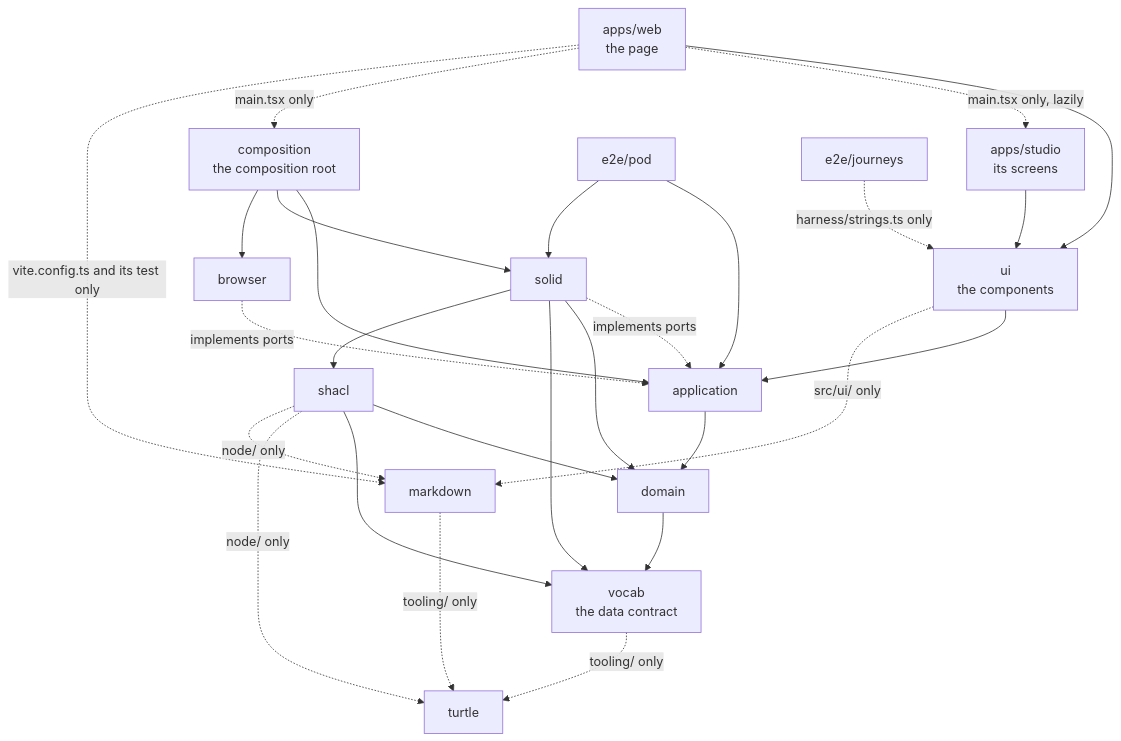
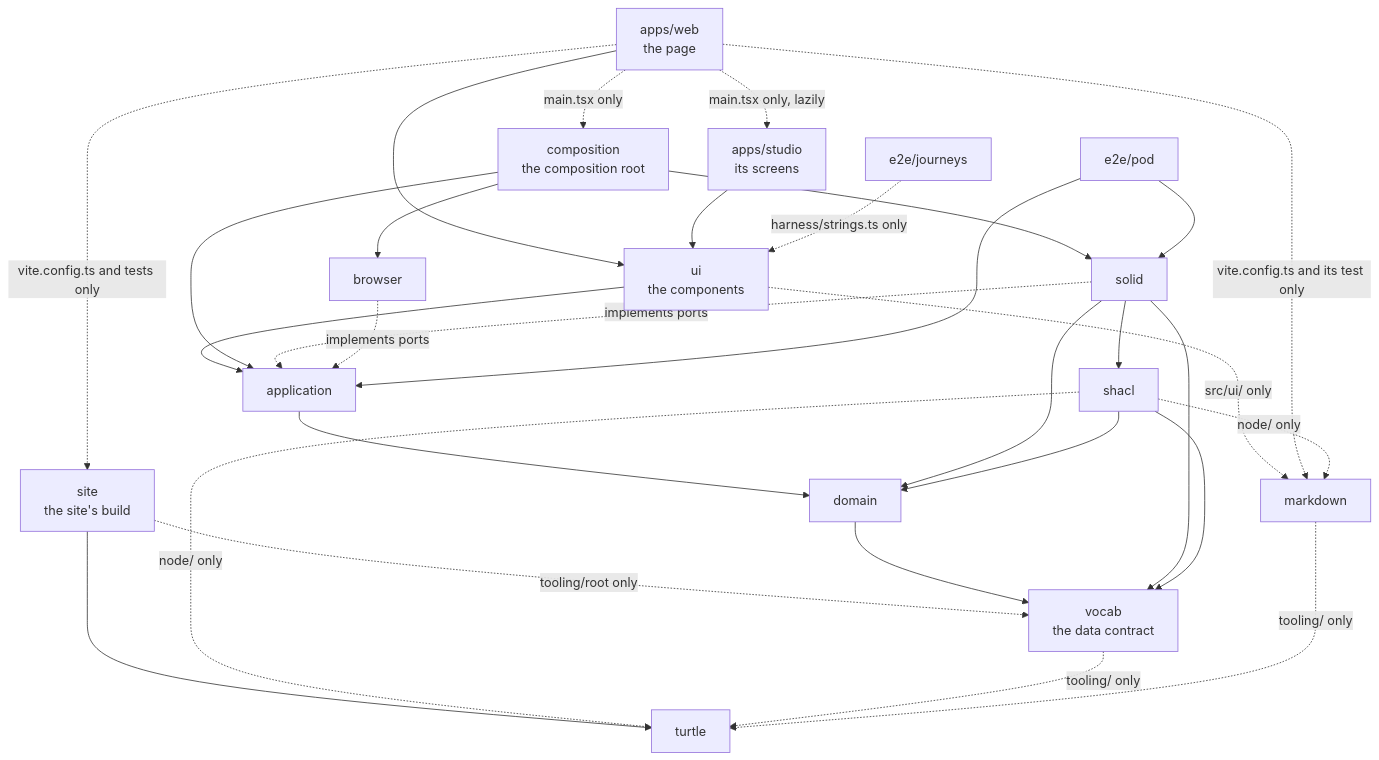
The diagram in docs/architecture.md (solid-memo/website), drawn with Mermaid before and after one commit. The commit also changed other lines of this file and 30 other files, not shown here.

First line of the commit message:
build(site): move the site's build out of vocab into its own package

````diff
--- a/docs/architecture.md
+++ b/docs/architecture.md
@@ -39,23 +40,26 @@
 ```mermaid
 graph TD
     accTitle: Package dependencies
     accDescr: Which packages import which, with a dotted arrow where an import is allowed only from certain files.
     web["apps/web<br/>the page"] --> ui["ui<br/>the components"]
     web -. "main.tsx only, lazily" .-> studio["apps/studio<br/>its screens"]
     studio --> ui
     ui --> application
     web -. "main.tsx only" .-> composition["composition<br/>the composition root"]
     composition --> application & solid & browser
     ui -. src/ui/ only .-> markdown
     web -. "vite.config.ts and its test only" .-> markdown
+    web -. "vite.config.ts and tests only" .-> site["site<br/>the site's build"]
+    site -. "tooling/root only" .-> vocab
+    site --> turtle
     application --> domain --> vocab["vocab<br/>the data contract"]
     solid -. implements ports .-> application
     solid --> domain & vocab & shacl
     browser -. implements ports .-> application
     shacl --> domain & vocab
     shacl -. node/ only .-> turtle & markdown
     vocab -. tooling/ only .-> turtle
     markdown -. tooling/ only .-> turtle
     e2e["e2e/pod"] --> application & solid
     journeys["e2e/journeys"] -. "harness/strings.ts only" .-> ui
 ```
````
